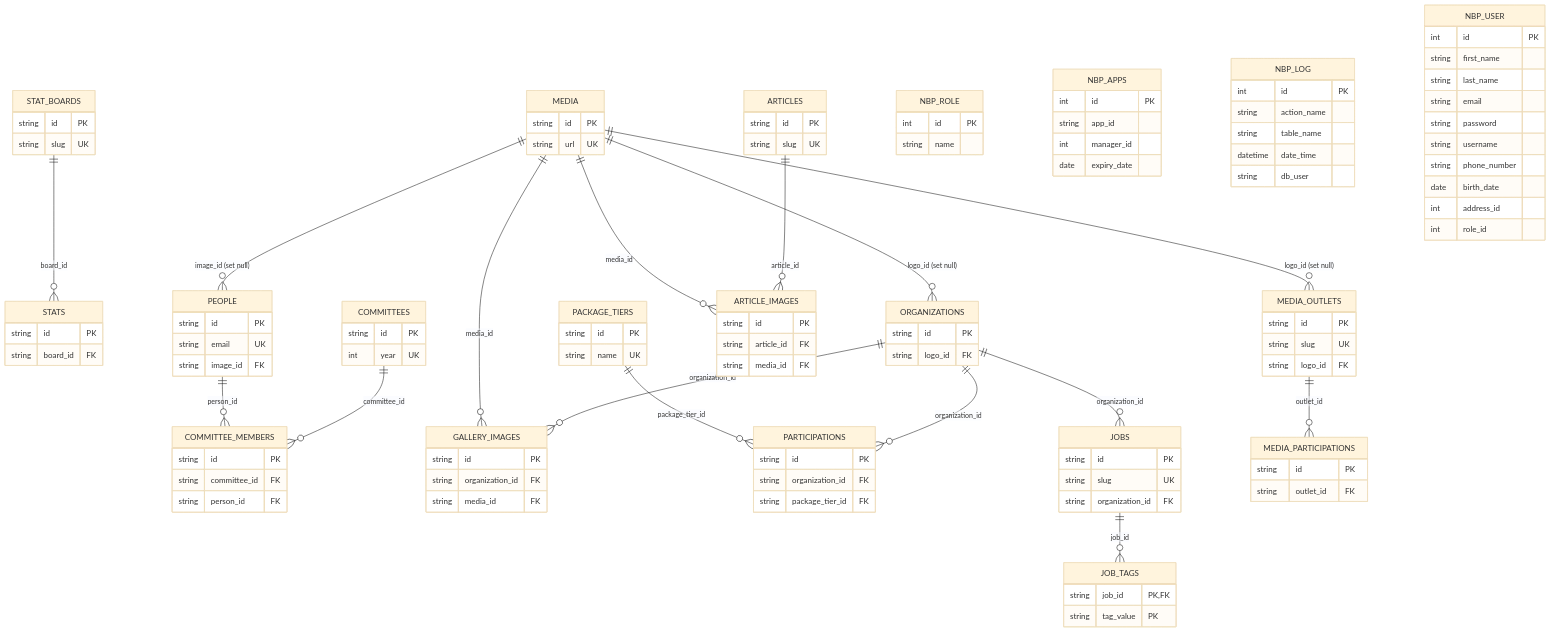
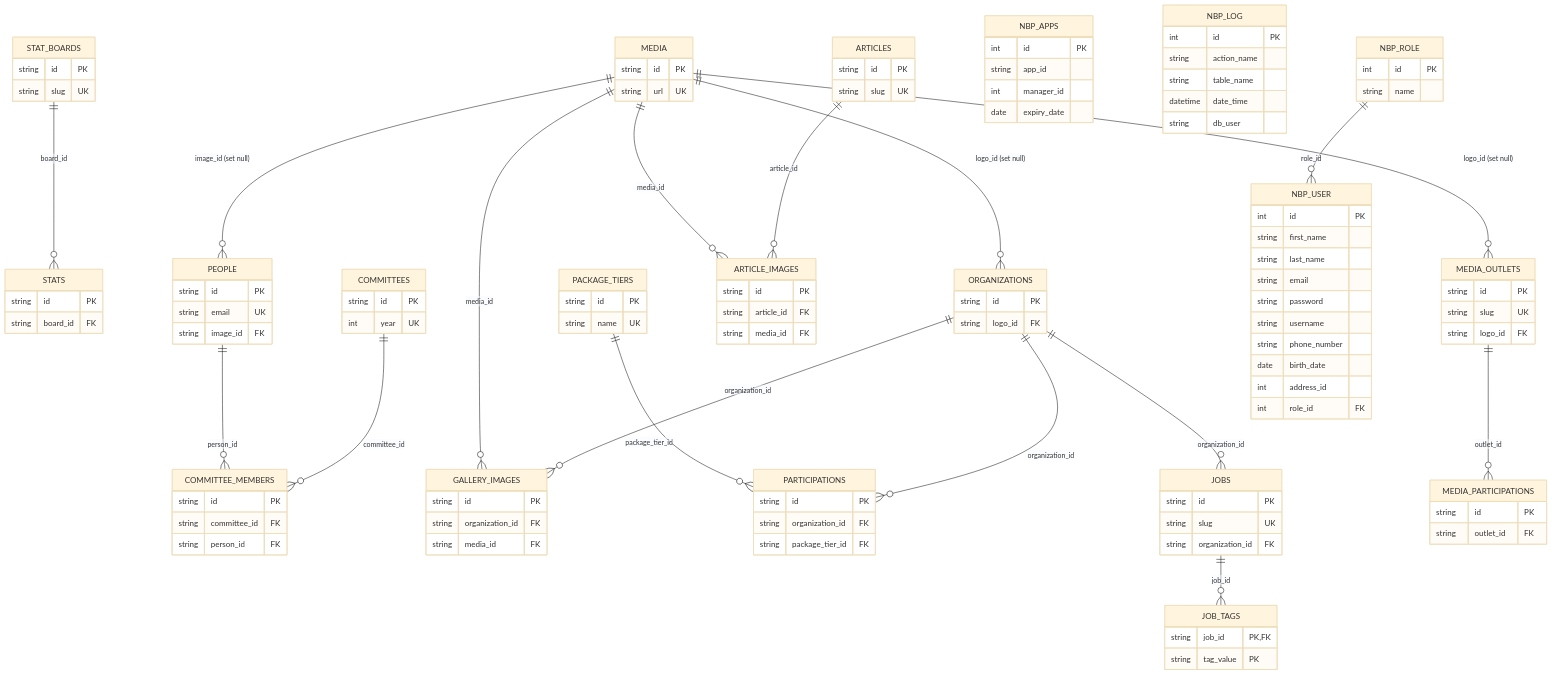
One commit to selmaalj/nbp_tim2 changed the diagram in erd.md. Above: the diagram before and after it, drawn with Mermaid (base theme). The commit also changed 1 other file, not shown here.

````diff
--- a/erd.md
+++ b/erd.md
@@ -89,11 +89,6 @@
     string outlet_id FK
   }
 
-  NBP_ROLE {
-    int id PK
-    string name
-  }
-
   NBP_APPS {
     int id PK
     string app_id
@@ -109,6 +104,11 @@
     string db_user
   }
 
+    NBP_ROLE {
+    int id PK
+    string name
+  }
+
   NBP_USER {
     int id PK
     string first_name
@@ -119,7 +119,7 @@
     string phone_number
     date birth_date
     int address_id
-    int role_id
+    int role_id FK
   }
 
   STAT_BOARDS ||--o{ STATS : "board_id"
@@ -143,4 +143,6 @@
 
   MEDIA ||--o{ MEDIA_OUTLETS : "logo_id (set null)"
   MEDIA_OUTLETS ||--o{ MEDIA_PARTICIPATIONS : "outlet_id"
+
+  NBP_ROLE ||--o{ NBP_USER : "role_id"
 ```
````
